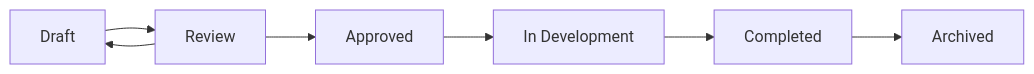
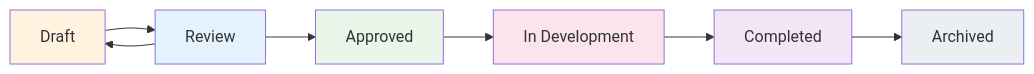
One commit to A1rtisan-LAB/context-engineering-template changed the first of 2 diagrams in docs/guides/PRD_GUIDE.md. Above: the diagram before and after it, drawn with Mermaid. The commit also changed other lines of this file and 58 other files, not shown here.

````diff
--- a/docs/guides/PRD_GUIDE.md
+++ b/docs/guides/PRD_GUIDE.md
@@ -46,9 +55,16 @@
 ```mermaid
 graph LR
     Draft --> Review
     Review --> Approved
     Review --> Draft
     Approved --> InDevelopment[In Development]
     InDevelopment --> Completed
     Completed --> Archived
+    
+    style Draft fill:#fff3e0
+    style Review fill:#e3f2fd
+    style Approved fill:#e8f5e9
+    style InDevelopment fill:#fce4ec
+    style Completed fill:#f3e5f5
+    style Archived fill:#eceff1
 ```
````
